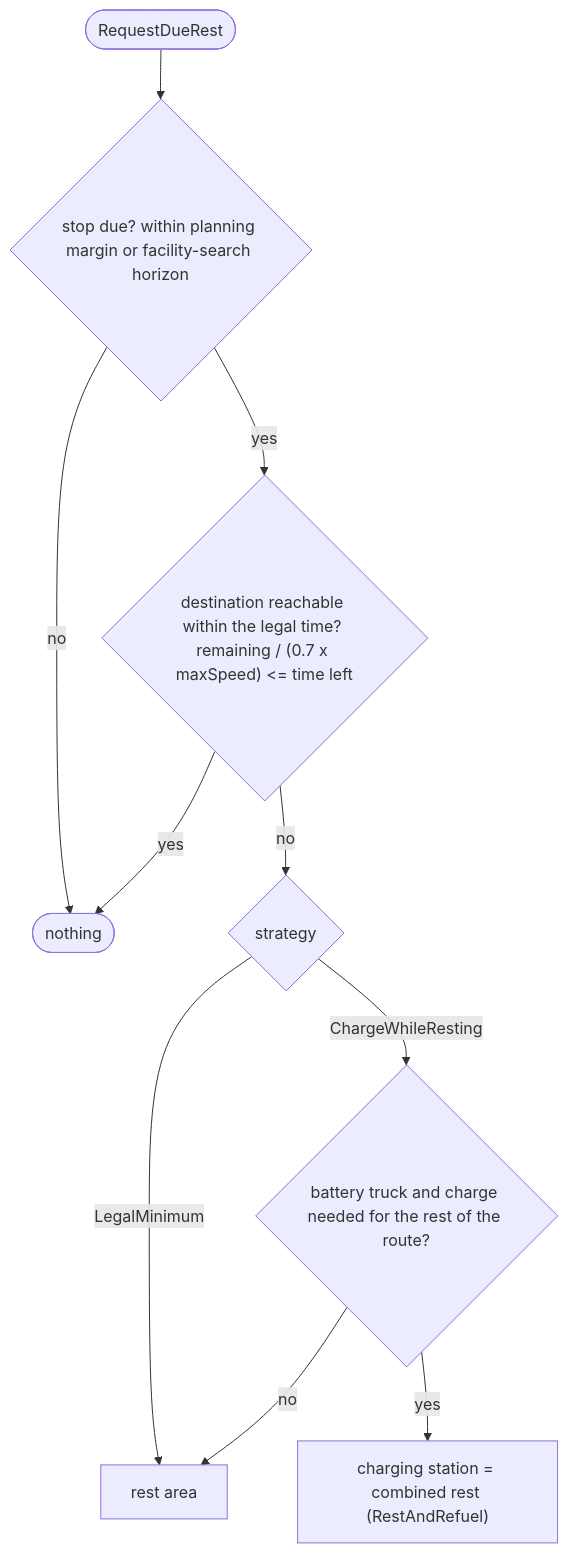
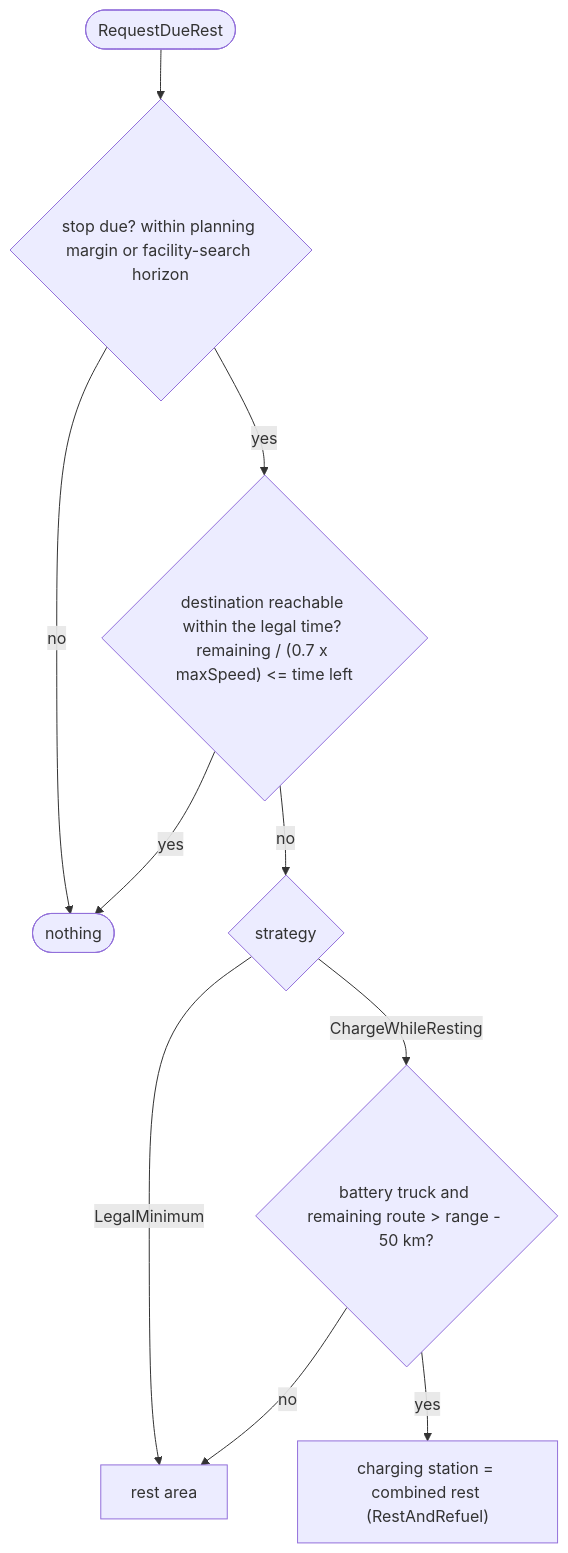
Before and after one commit to MARS-Group-HAW/model-soh: the second of 4 diagrams in SOHTruckFuelAlternativeBox/docs/driving-behaviour.md, drawn with Mermaid. The commit also changed other lines of this file and 1 other file, not shown here.

Commit message:
docs: describe stop routing, ranking and rest merging

````diff
--- a/SOHTruckFuelAlternativeBox/docs/driving-behaviour.md
+++ b/SOHTruckFuelAlternativeBox/docs/driving-behaviour.md
@@ -74,12 +75,12 @@
 ```mermaid
 flowchart TD
     S([RequestDueRest]) --> D{"stop due? within planning margin or facility-search horizon"}
     D -- no --> N([nothing])
     D -- yes --> R{"destination reachable within the legal time? remaining / (0.7 x maxSpeed) <= time left"}
     R -- yes --> N
     R -- no --> ST{strategy}
     ST -- LegalMinimum --> RA["rest area"]
-    ST -- ChargeWhileResting --> BAT{"battery truck and charge needed for the rest of the route?"}
+    ST -- ChargeWhileResting --> BAT{"battery truck and remaining route > range - 50 km?"}
     BAT -- yes --> CS["charging station = combined rest (RestAndRefuel)"]
     BAT -- no --> RA
 ```
````
